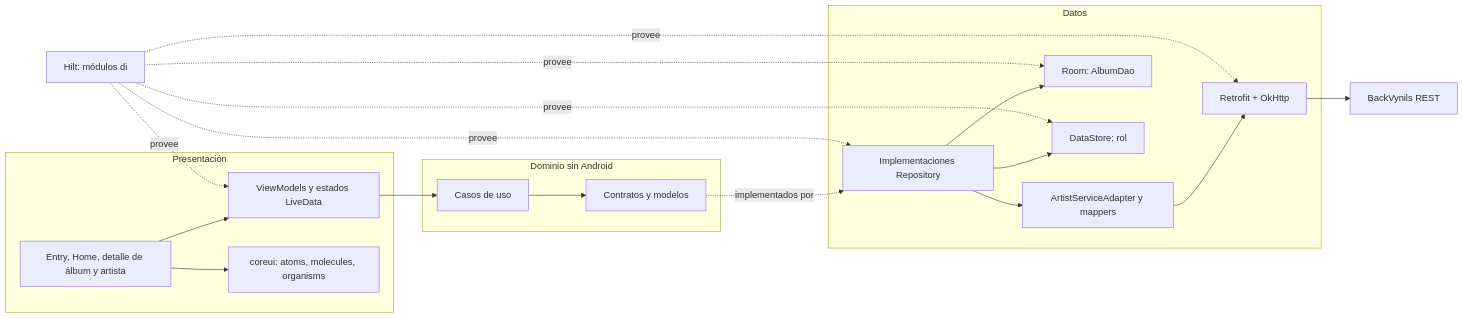
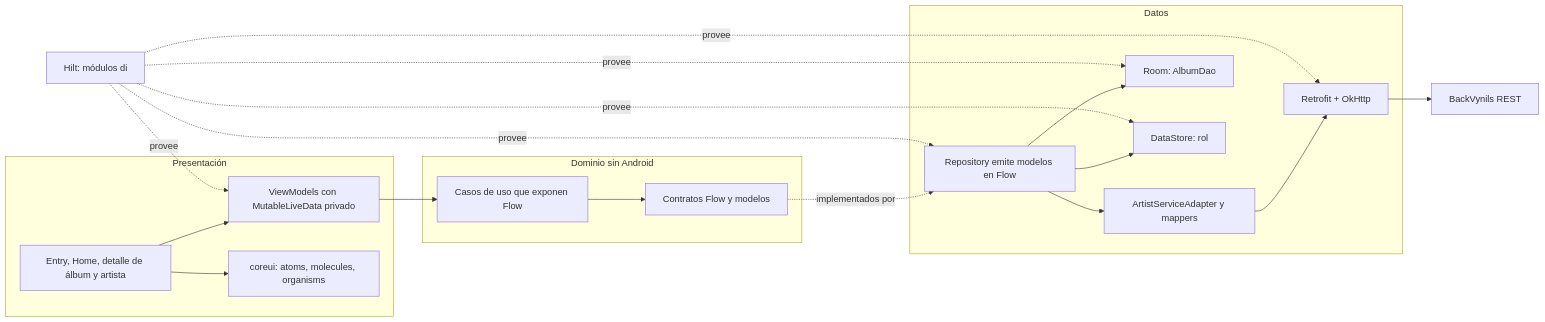
The first of 5 diagrams in docs/ARQUITECTURA_SPRINT1.md (jhonospina2711/MISW4201-202615-Vinilos-Mobile-Grupo13), drawn with Mermaid before and after one commit. The commit also changed other lines of this file and 29 other files, not shown here.

Commit message:
refactor: expose sprint 1 data flows through repositories

````diff
--- a/docs/ARQUITECTURA_SPRINT1.md
+++ b/docs/ARQUITECTURA_SPRINT1.md
@@ -7,33 +7,33 @@
 ```mermaid
 flowchart LR
   subgraph UI[Presentación]
     Screens[Entry, Home, detalle de álbum y artista]
-    VM[ViewModels y estados LiveData]
+    VM[ViewModels con MutableLiveData privado]
     CoreUI[coreui: atoms, molecules, organisms]
     Screens --> VM
     Screens --> CoreUI
   end
   subgraph Domain[Dominio sin Android]
-    UC[Casos de uso]
-    Contracts[Contratos y modelos]
+    UC[Casos de uso que exponen Flow]
+    Contracts[Contratos Flow y modelos]
     UC --> Contracts
   end
   subgraph Data[Datos]
-    Repo[Implementaciones Repository]
+    Repo[Repository emite modelos en Flow]
     Adapter[ArtistServiceAdapter y mappers]
     Api[Retrofit + OkHttp]
     Room[Room: AlbumDao]
     Store[DataStore: rol]
     Repo --> Adapter --> Api
     Repo --> Room
     Repo --> Store
   end
   VM --> UC
   Contracts -. implementados por .-> Repo
   Api --> Backend[BackVynils REST]
   Hilt[Hilt: módulos di] -. provee .-> VM
   Hilt -. provee .-> Repo
   Hilt -. provee .-> Api
   Hilt -. provee .-> Room
   Hilt -. provee .-> Store
 ```
````
